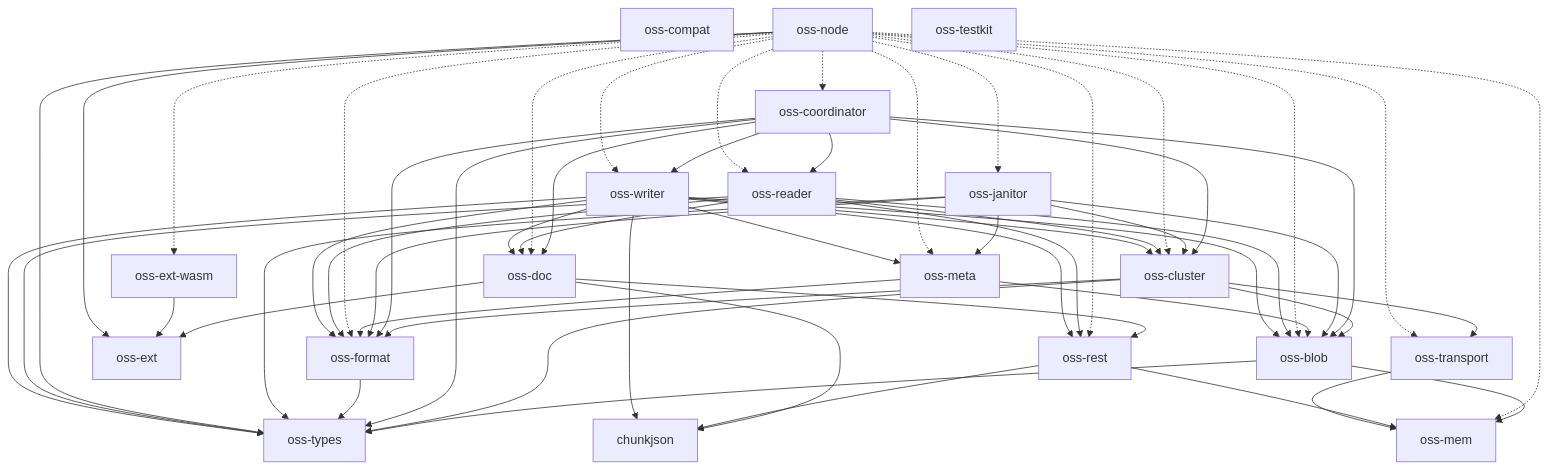
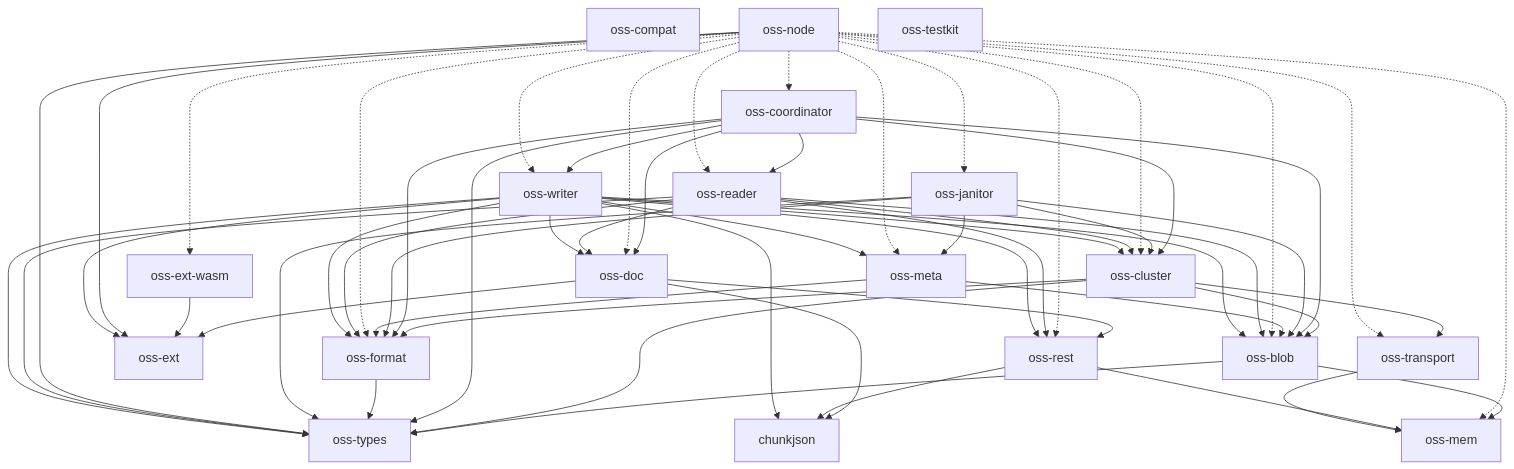
Before and after one commit to huyz0/opensearch-serverless: the diagram in docs/architecture.md, drawn with Mermaid. The commit also changed 6 other files, not shown here.

````diff
--- a/docs/architecture.md
+++ b/docs/architecture.md
@@ -10,66 +10,67 @@
 ```mermaid
 graph TD
     chunkjson
     oss-blob --> oss-mem
     oss-blob --> oss-types
     oss-cluster --> oss-blob
     oss-cluster --> oss-format
     oss-cluster --> oss-transport
     oss-cluster --> oss-types
     oss-compat
     oss-coordinator --> oss-blob
     oss-coordinator --> oss-cluster
     oss-coordinator --> oss-doc
     oss-coordinator --> oss-format
     oss-coordinator --> oss-reader
     oss-coordinator --> oss-types
     oss-coordinator --> oss-writer
     oss-doc --> chunkjson
     oss-doc --> oss-ext
     oss-doc --> oss-rest
     oss-ext
     oss-ext-wasm --> oss-ext
     oss-format --> oss-types
     oss-janitor --> oss-blob
     oss-janitor --> oss-cluster
     oss-janitor --> oss-format
     oss-janitor --> oss-meta
     oss-janitor --> oss-types
     oss-mem
     oss-meta --> oss-blob
     oss-meta --> oss-format
     oss-node -.-> oss-blob
     oss-node -.-> oss-cluster
     oss-node -.-> oss-coordinator
     oss-node -.-> oss-doc
     oss-node --> oss-ext
     oss-node -.-> oss-ext-wasm
     oss-node -.-> oss-format
     oss-node -.-> oss-janitor
     oss-node -.-> oss-mem
     oss-node -.-> oss-meta
     oss-node -.-> oss-reader
     oss-node -.-> oss-rest
     oss-node -.-> oss-transport
     oss-node --> oss-types
     oss-node -.-> oss-writer
     oss-reader --> oss-blob
     oss-reader --> oss-cluster
     oss-reader --> oss-doc
     oss-reader --> oss-format
     oss-reader --> oss-rest
     oss-reader --> oss-types
     oss-rest --> chunkjson
     oss-rest --> oss-mem
     oss-testkit
     oss-transport --> oss-mem
     oss-types
     oss-writer --> chunkjson
     oss-writer --> oss-blob
     oss-writer --> oss-cluster
     oss-writer --> oss-doc
+    oss-writer --> oss-ext
     oss-writer --> oss-format
     oss-writer --> oss-meta
     oss-writer --> oss-rest
     oss-writer --> oss-types
 ```
````
